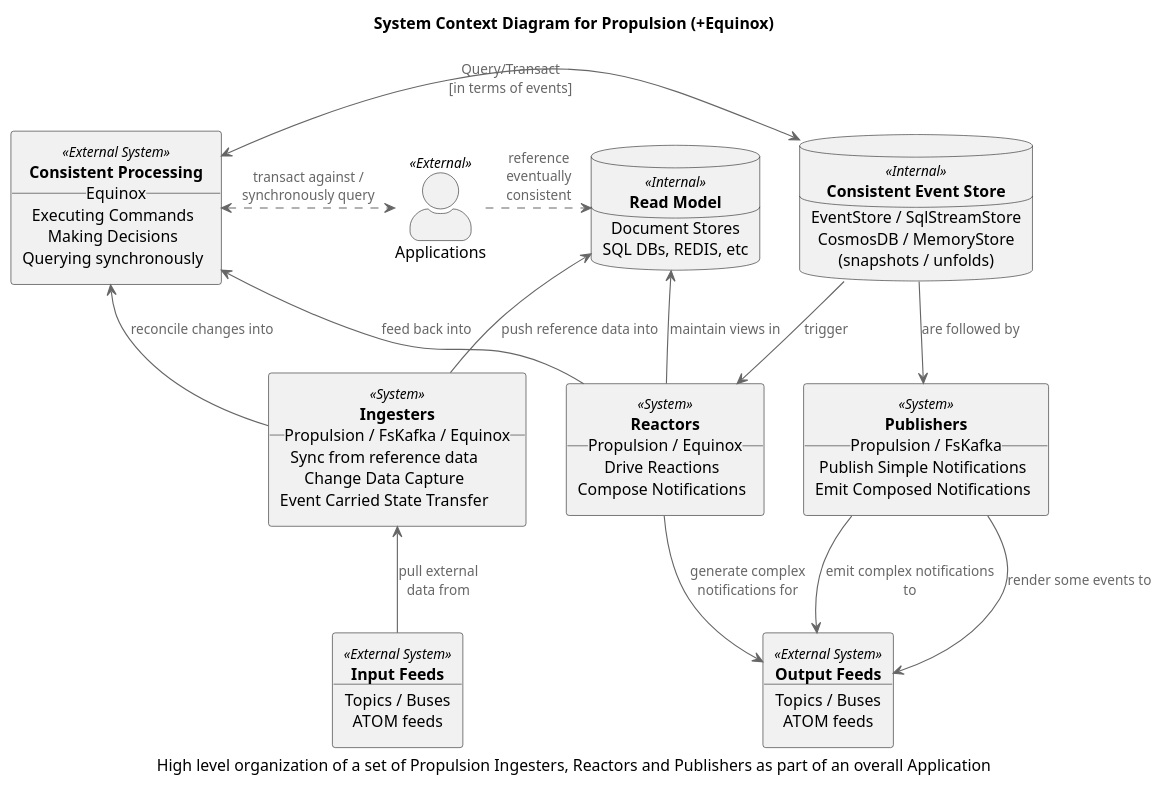
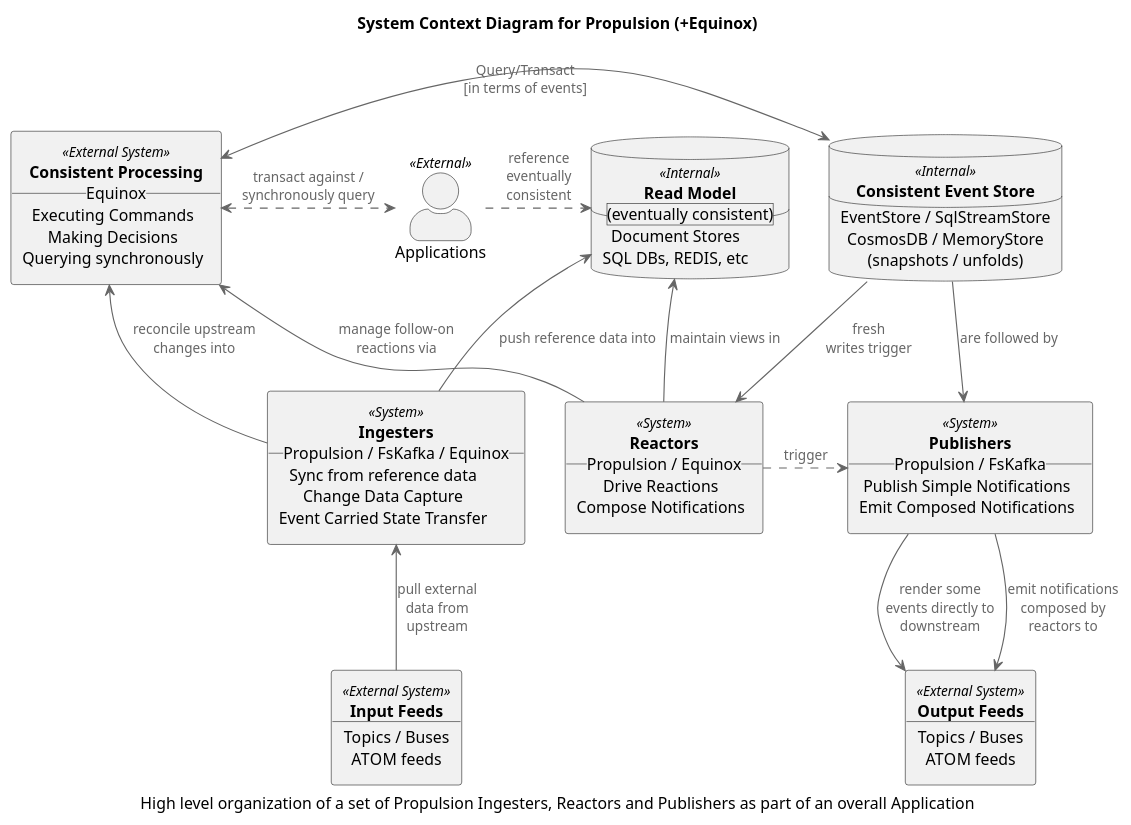
Before and after one commit to jet/propulsion: the diagram in diagrams/context.puml, drawn with PlantUML. The commit also changed 1 other file, not shown here.

```diff
--- a/diagrams/context.puml
+++ b/diagrams/context.puml
@@ -1,87 +1,87 @@
 @startuml
 !includeurl https://raw.githubusercontent.com/skleanthous/C4-PlantumlSkin/master/build/output/c4.puml
 
 title System Context Diagram for Propulsion (+Equinox)
 caption High level organization of a set of Propulsion Ingesters, Reactors and Publishers as part of an overall Application
 
 actor "Applications" <<External>> as apps
 
 rectangle services <<External System>> [
     **Consistent Processing**
     __Equinox__
     Executing Commands
     Making Decisions
     Querying synchronously
 ]
 
 database stores <<Internal>> [
     **Consistent Event Store**
     ____
     EventStore / SqlStreamStore
     CosmosDB / MemoryStore
     (snapshots / unfolds)
 ]
 
 database caches <<Internal>> [
     **Read Model**
-    ____
+    __(eventually consistent)__
     Document Stores 
     SQL DBs, REDIS, etc
 ]
 
 together {
     rectangle ingesters <<System>> [
         **Ingesters**
         __Propulsion / FsKafka / Equinox__
         Sync from reference data
         Change Data Capture
         Event Carried State Transfer
     ]
     rectangle reactors <<System>> [
         **Reactors**
         __Propulsion / Equinox__
         Drive Reactions
         Compose Notifications
     ]
     rectangle publishers <<System>> [
         **Publishers**
         __Propulsion / FsKafka__
         Publish Simple Notifications
         Emit Composed Notifications
     ]
 }
 
 rectangle inputs <<External System>> [
     **Input Feeds**
     ____
     Topics / Buses
     ATOM feeds 
 ]
 
 rectangle outputs <<External System>> [
     **Output Feeds**
     ____
     Topics / Buses
     ATOM feeds
 ]
 
 apps          .> caches     : reference\neventually\nconsistent
 apps       <.L.> services   : transact against /\nsynchronously query
 
 services   <-R-> stores     : Query/Transact\n[in terms of events]
 
 stores       --> publishers : are followed by
-stores       --> reactors   : trigger
+stores       --> reactors   : fresh\nwrites trigger
 
-reactors     --> services   : feed back into
-reactors     --> outputs    : generate complex\nnotifications for
-reactors    -U-> caches     : maintain views in
-
-publishers   --> outputs    : emit complex notifications to
-publishers   --> outputs    : render some events to
-
-ingesters  <--   inputs     : pull external\ndata from
-ingesters    --> services   : reconcile changes into
+ingesters  <--   inputs     : pull external\ndata from\nupstream
+ingesters    --> services   : reconcile upstream\nchanges into
 ingesters   -U-> caches     : push reference data into
 
+reactors     --> services   : manage follow-on reactions via
+reactors    -U-> caches     : maintain views in
+reactors      .> publishers : trigger
+
+publishers   --> outputs    : emit notifications composed by\nreactors to
+publishers   --> outputs    : render some\nevents directly to downstream
+
 @enduml
```
